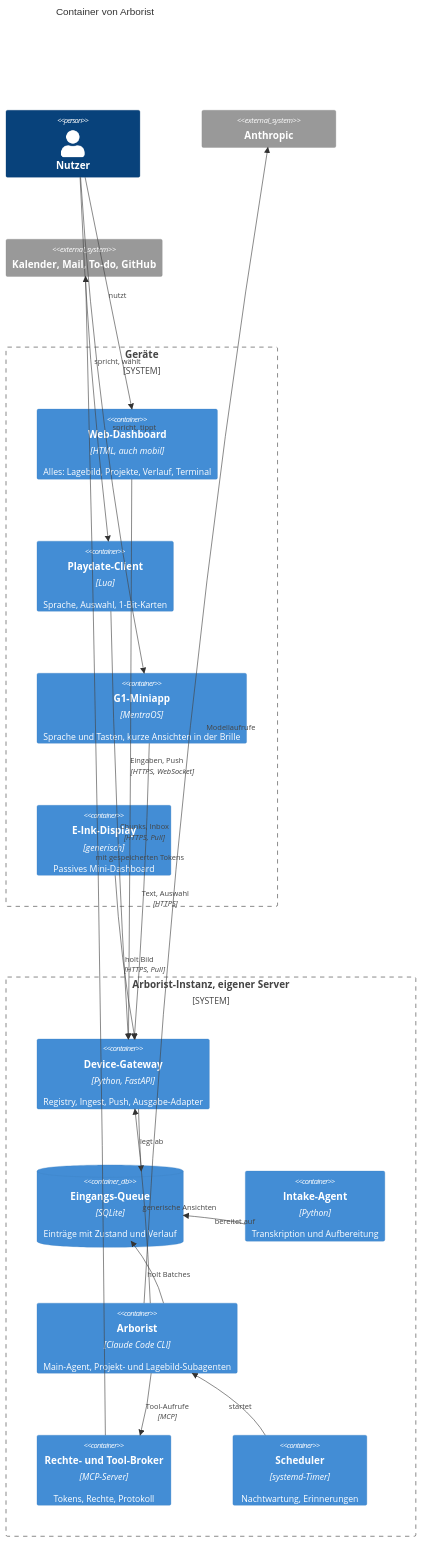
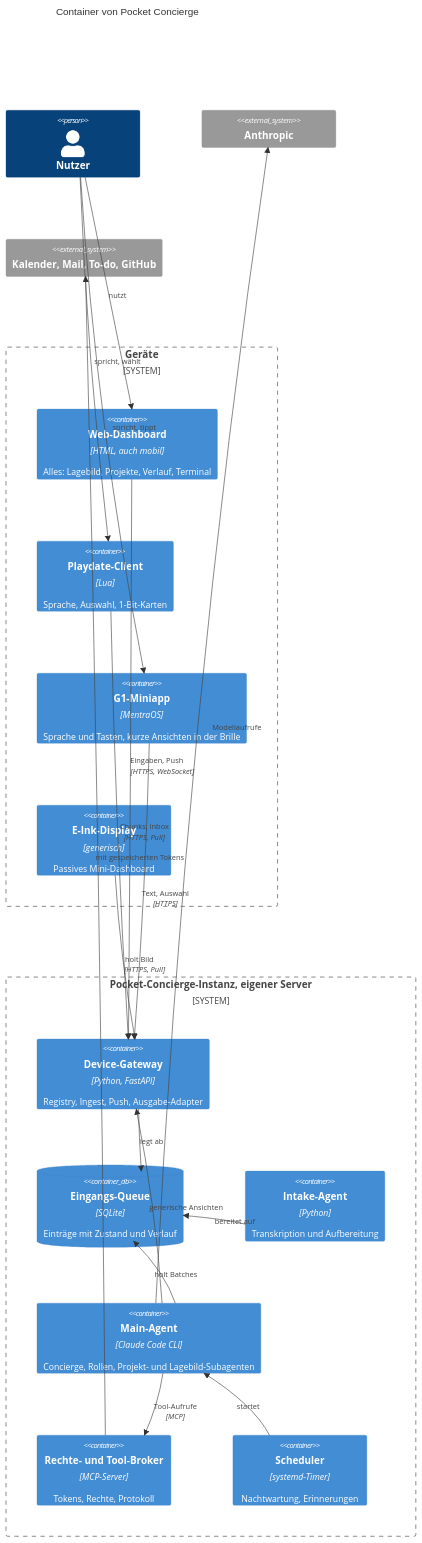
The second of 13 diagrams in docs/arc42.md (merlinbecker/playdate-claude-client), drawn with Mermaid before and after one commit. The commit also changed other lines of this file and 24 other files, not shown here.

First line of the commit message:
Umbenennung: Arborist heißt jetzt Pocket Concierge

````diff
--- a/docs/arc42.md
+++ b/docs/arc42.md
@@ -98,43 +98,43 @@
 ```mermaid
 C4Container
-    title Container von Arborist
+    title Container von Pocket Concierge
 
     Person(user, "Nutzer")
 
     System_Boundary(devices, "Geräte") {
         Container(web, "Web-Dashboard", "HTML, auch mobil", "Alles: Lagebild, Projekte, Verlauf, Terminal")
         Container(pd, "Playdate-Client", "Lua", "Sprache, Auswahl, 1-Bit-Karten")
         Container(glass, "G1-Miniapp", "MentraOS", "Sprache und Tasten, kurze Ansichten in der Brille")
         Container(eink, "E-Ink-Display", "generisch", "Passives Mini-Dashboard")
     }
 
-    System_Boundary(vm, "Arborist-Instanz, eigener Server") {
+    System_Boundary(vm, "Pocket-Concierge-Instanz, eigener Server") {
         Container(gw, "Device-Gateway", "Python, FastAPI", "Registry, Ingest, Push, Ausgabe-Adapter")
         ContainerDb(q, "Eingangs-Queue", "SQLite", "Einträge mit Zustand und Verlauf")
         Container(intake, "Intake-Agent", "Python", "Transkription und Aufbereitung")
-        Container(ar, "Arborist", "Claude Code CLI", "Main-Agent, Projekt- und Lagebild-Subagenten")
+        Container(ar, "Main-Agent", "Claude Code CLI", "Concierge, Rollen, Projekt- und Lagebild-Subagenten")
         Container(br, "Rechte- und Tool-Broker", "MCP-Server", "Tokens, Rechte, Protokoll")
         Container(sched, "Scheduler", "systemd-Timer", "Nachtwartung, Erinnerungen")
     }
 
     System_Ext(anthropic, "Anthropic")
     System_Ext(ext, "Kalender, Mail, To-do, GitHub")
 
     Rel(user, web, "nutzt")
     Rel(user, pd, "spricht, wählt")
     Rel(user, glass, "spricht, tippt")
     Rel(web, gw, "Eingaben, Push", "HTTPS, WebSocket")
     Rel(pd, gw, "Chunks, Inbox", "HTTPS, Pull")
     Rel(glass, gw, "Text, Auswahl", "HTTPS")
     Rel(eink, gw, "holt Bild", "HTTPS, Pull")
     Rel(gw, q, "legt ab")
     Rel(intake, q, "bereitet auf")
     Rel(ar, q, "holt Batches")
     Rel(ar, gw, "generische Ansichten")
     Rel(ar, br, "Tool-Aufrufe", "MCP")
     Rel(br, ext, "mit gespeicherten Tokens")
     Rel(ar, anthropic, "Modellaufrufe")
     Rel(sched, ar, "startet")
 
     UpdateLayoutConfig($c4ShapeInRow="4", $c4BoundaryInRow="1")
 ```
````
